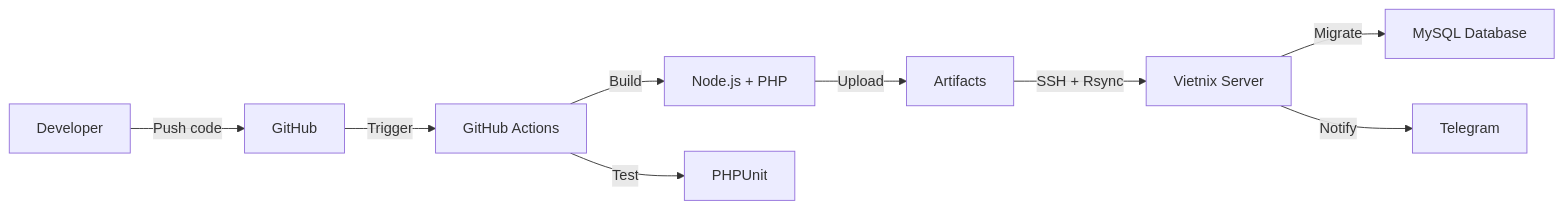
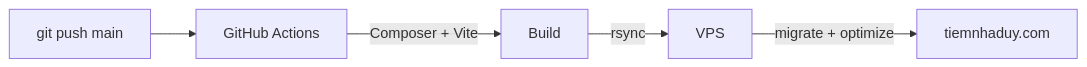
The diagram in DEPLOYMENT_GUIDE.md (weiyuanwen/tiemnhaduy), drawn with Mermaid before and after one commit. The commit also changed other lines of this file and 6 other files, not shown here.

First line of the commit message:
Deploy production by rsyncing the built app to the VPS on every main push.

````diff
--- a/DEPLOYMENT_GUIDE.md
+++ b/DEPLOYMENT_GUIDE.md
@@ -48,11 +5,7 @@
 ```mermaid
 flowchart LR
-    A[Developer] -->|Push code| B[GitHub]
-    B -->|Trigger| C[GitHub Actions]
-    C -->|Build| D[Node.js + PHP]
-    C -->|Test| E[PHPUnit]
-    D -->|Upload| F[Artifacts]
-    F -->|SSH + Rsync| G[Vietnix Server]
-    G -->|Migrate| H[MySQL Database]
-    G -->|Notify| I[Telegram]
+    A[git push main] --> B[GitHub Actions]
+    B -->|Composer + Vite| C[Build]
+    C -->|rsync| D[VPS]
+    D -->|migrate + optimize| E["tiemnhaduy.com"]
 ```
````
